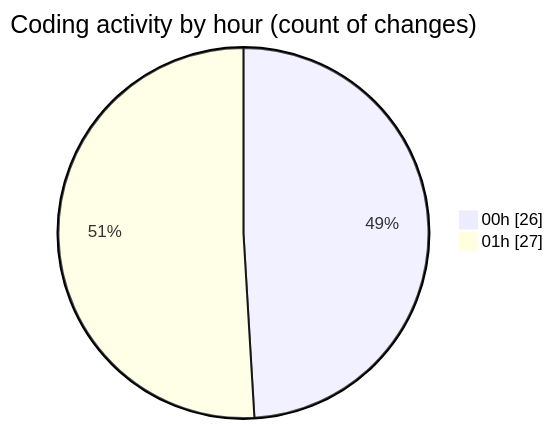
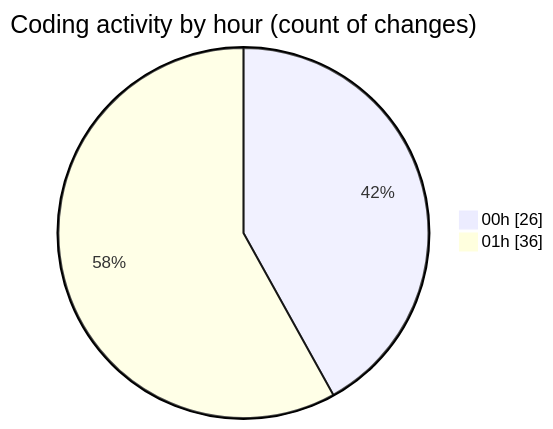
The second of 2 diagrams in 2025-08-17/rentotp/README.md (lephambinh05/code-tracking), drawn with Mermaid before and after one commit. The commit also changed other lines of this file and 1 other file, not shown here.

````diff
--- a/2025-08-17/rentotp/README.md
+++ b/2025-08-17/rentotp/README.md
@@ -46,6 +48,6 @@
 ```mermaid
 pie showData
 title Coding activity by hour (count of changes)
 "00h" : 26
-"01h" : 27
+"01h" : 36
 ```
````
